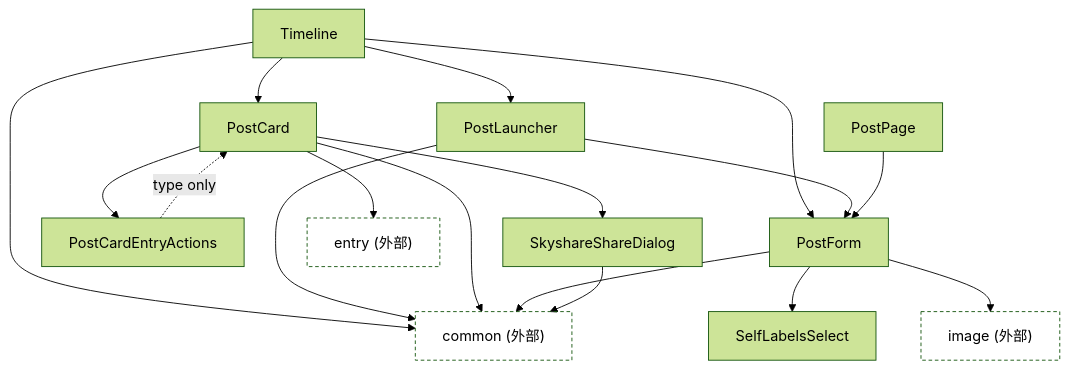
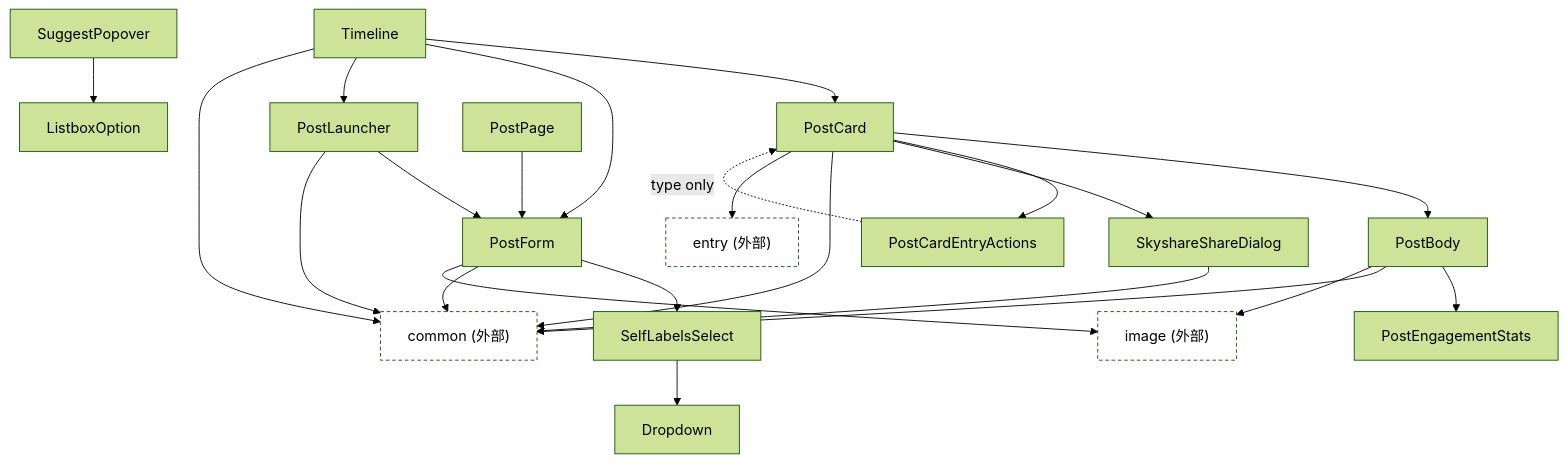
One commit to nekono-dev/skyshare changed the diagram in src/components/post/README.md. Above: the diagram before and after it, drawn with Mermaid (forest theme). The commit also changed other lines of this file and 103 other files, not shown here.

First line of the commit message:
自前プルダウン(Dropdown)を実装し、既存の<select>を置き換え

````diff
--- a/src/components/post/README.md
+++ b/src/components/post/README.md
@@ -5,27 +5,33 @@
 ```mermaid
 graph TD
   Timeline --> PostCard
   Timeline --> PostForm
   Timeline --> PostLauncher
   PostLauncher --> PostForm
+  PostCard --> PostBody
+  PostBody --> PostEngagementStats
   PostCard --> PostCardEntryActions
   PostCard --> SkyshareShareDialog
   PostCardEntryActions -. type only .-> PostCard
   PostForm --> SelfLabelsSelect
+  SelfLabelsSelect --> Dropdown
+  SuggestPopover --> ListboxOption
   PostPage --> PostForm
 
   Timeline --> commonExt
   PostLauncher --> commonExt
   PostCard --> commonExt
   PostForm --> commonExt
   SkyshareShareDialog --> commonExt
   PostForm --> imageExt
   PostCard --> entryExt
+  PostBody --> commonExt
+  PostBody --> imageExt
 
   commonExt["common (外部)"]
   imageExt["image (外部)"]
   entryExt["entry (外部)"]
 
   classDef external stroke-dasharray: 4 3,fill:transparent;
   class commonExt,imageExt,entryExt external;
 ```
````
